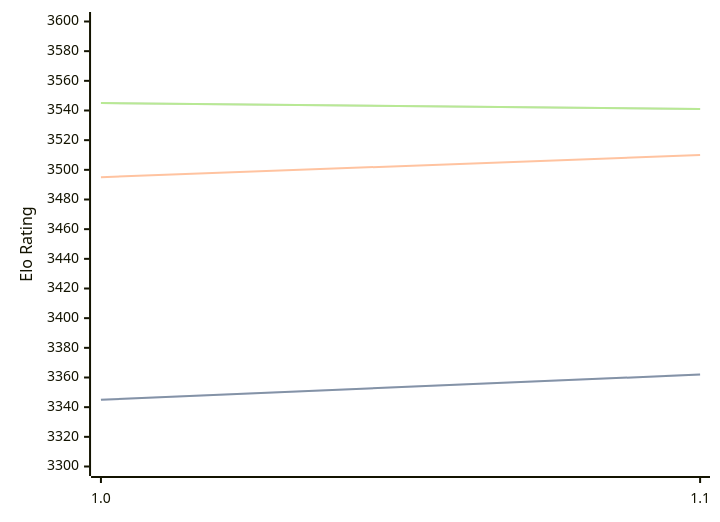
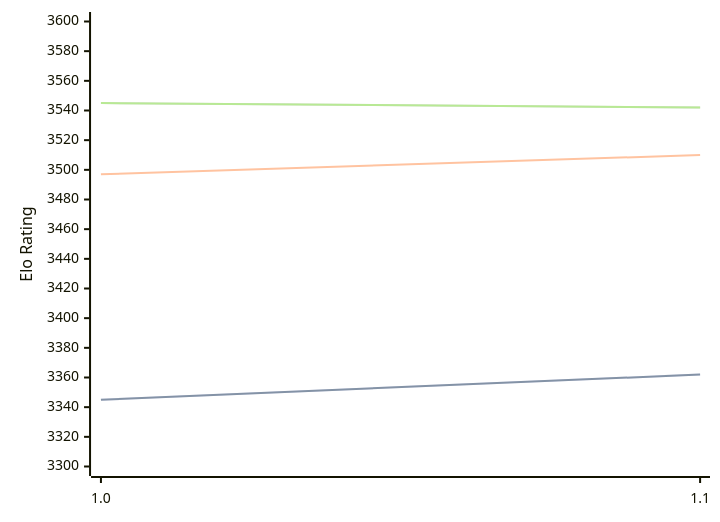
Before and after one commit to computer-chess-index/cci: the diagram in engines/Horsie.md, drawn with Mermaid. The commit also changed other lines of this file, not shown here.

Commit message:
Update CCI Ratings (ELO VLTC) - 2026-09-27

````diff
--- a/engines/Horsie.md
+++ b/engines/Horsie.md
@@ -32,11 +32,11 @@
 ```mermaid
 %%{init: {"theme":"base","themeVariables":{"seriesColors:['#a3a3a3','#222221','#faa371']}}}%%
 xychart-beta
   x-axis ["1.0", "1.1"]
   y-axis "Elo Rating" 3300 --> 3600
   line "" [3345, 3362]
   line "STC (8.0+0.08s)" [3345, 3362]
-  line "LTC (60.0+0.60s)" [3495, 3510]
-  line "" [3545, 3541]
-  line "VLTC (2m24s+1.12s)" [3545, 3541]
+  line "LTC (60.0+0.60s)" [3497, 3510]
+  line "" [3545, 3542]
+  line "VLTC (2m24s+1.12s)" [3545, 3542]
 ```
````
